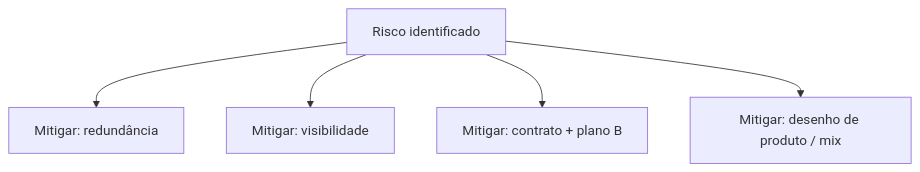
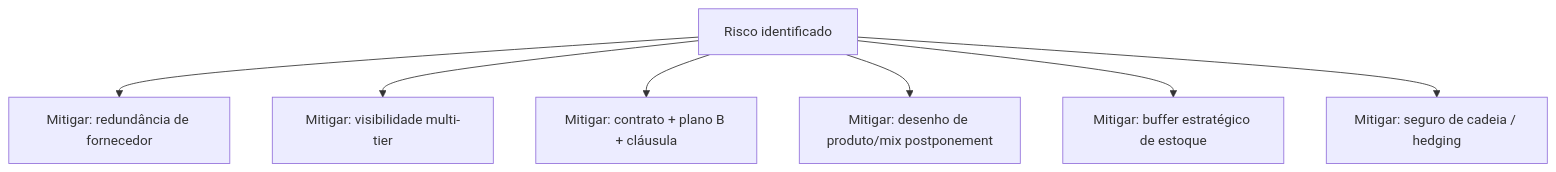
One commit to cleberhensel/logisticon-academy changed the second of 2 diagrams in aulas/trilha-fundamentos-e-estrategia/modulo-02-supply-chain-management/aula-03-riscos-resiliencia-sustentabilidade-scm.md. Above: the diagram before and after it, drawn with Mermaid. The commit also changed other lines of this file and 122 other files, not shown here.

````diff
--- a/aulas/trilha-fundamentos-e-estrategia/modulo-02-supply-chain-management/aula-03-riscos-resiliencia-sustentabilidade-scm.md
+++ b/aulas/trilha-fundamentos-e-estrategia/modulo-02-supply-chain-management/aula-03-riscos-resiliencia-sustentabilidade-scm.md
@@ -36,7 +84,9 @@
 ```mermaid
 flowchart TB
-  R1[Risco identificado] --> M1[Mitigar: redundância]
-  R1 --> M2[Mitigar: visibilidade]
-  R1 --> M3[Mitigar: contrato + plano B]
-  R1 --> M4[Mitigar: desenho de produto / mix]
+  R1[Risco identificado] --> M1[Mitigar: redundância de fornecedor]
+  R1 --> M2[Mitigar: visibilidade multi-tier]
+  R1 --> M3[Mitigar: contrato + plano B + cláusula]
+  R1 --> M4[Mitigar: desenho de produto/mix postponement]
+  R1 --> M5[Mitigar: buffer estratégico de estoque]
+  R1 --> M6[Mitigar: seguro de cadeia / hedging]
 ```
````
